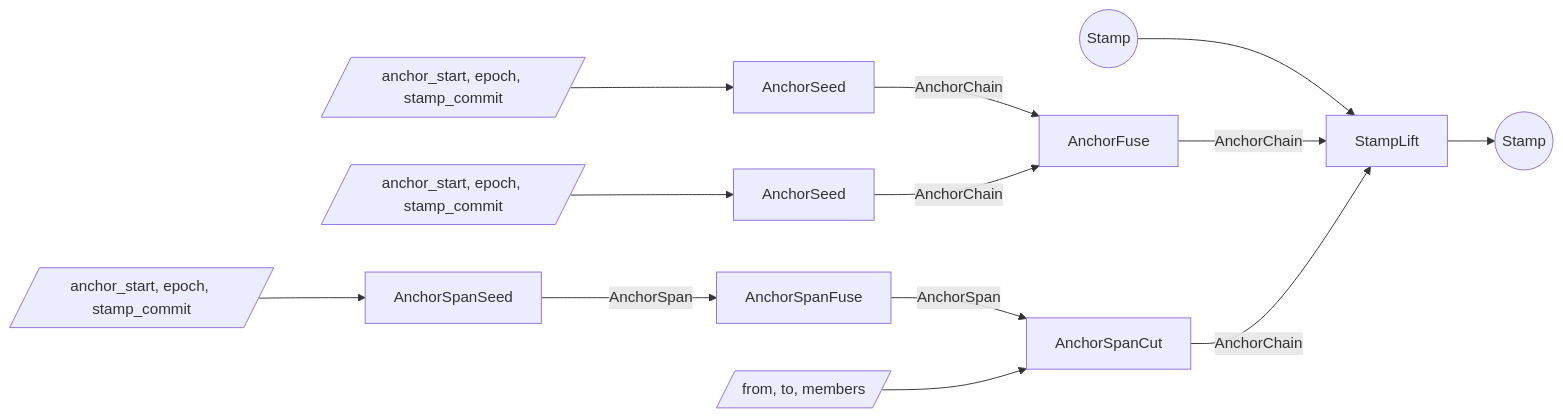
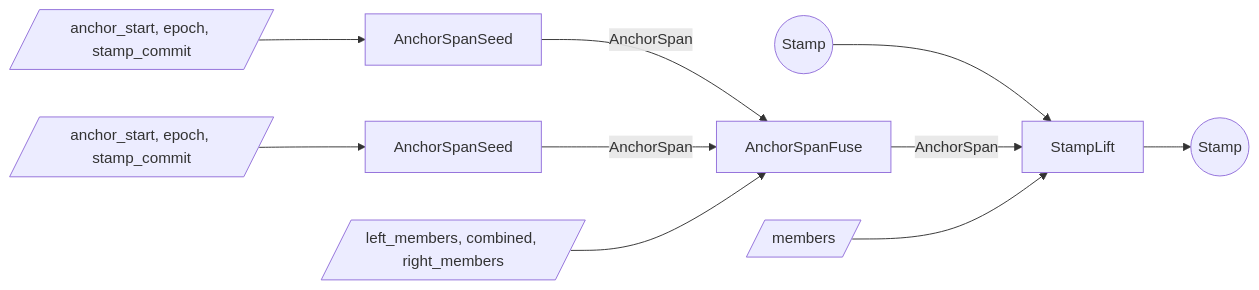
The second of 3 diagrams in book/src/proof-tree.md (tachyon-zcash/tachyon), drawn with Mermaid before and after one commit. The commit also changed other lines of this file and 20 other files, not shown here.

First line of the commit message:
feat: StampLift lifts along an anchor span

````diff
--- a/book/src/proof-tree.md
+++ b/book/src/proof-tree.md
@@ -440,29 +439,23 @@
 ```mermaid
 flowchart LR
   sh_in((Stamp))
-  w_seed[/anchor_start, epoch, stamp_commit/]
-  s_seed[AnchorSeed]
-  w_next[/anchor_start, epoch, stamp_commit/]
-  s_next[AnchorSeed]
-  s_fuse[AnchorFuse]
   w_span[/anchor_start, epoch, stamp_commit/]
   s_span[AnchorSpanSeed]
+  w_next[/anchor_start, epoch, stamp_commit/]
+  s_next[AnchorSpanSeed]
+  w_spanfuse[/left_members, combined, right_members/]
   s_spanfuse[AnchorSpanFuse]
-  w_cut[/from, to, members/]
-  s_cut[AnchorSpanCut]
+  w_lift[/members/]
   s_lift[StampLift]
   sh_out((Stamp))
 
-  w_seed --> s_seed
+  w_span --> s_span
   w_next --> s_next
-  s_seed -->|AnchorChain| s_fuse
-  s_next -->|AnchorChain| s_fuse
-  w_span --> s_span
   s_span -->|AnchorSpan| s_spanfuse
-  s_spanfuse -->|AnchorSpan| s_cut
-  w_cut --> s_cut
+  s_next -->|AnchorSpan| s_spanfuse
+  w_spanfuse --> s_spanfuse
   sh_in --> s_lift
-  s_fuse -->|AnchorChain| s_lift
-  s_cut -->|AnchorChain| s_lift
+  s_spanfuse -->|AnchorSpan| s_lift
+  w_lift --> s_lift
   s_lift --> sh_out
 ```
````
